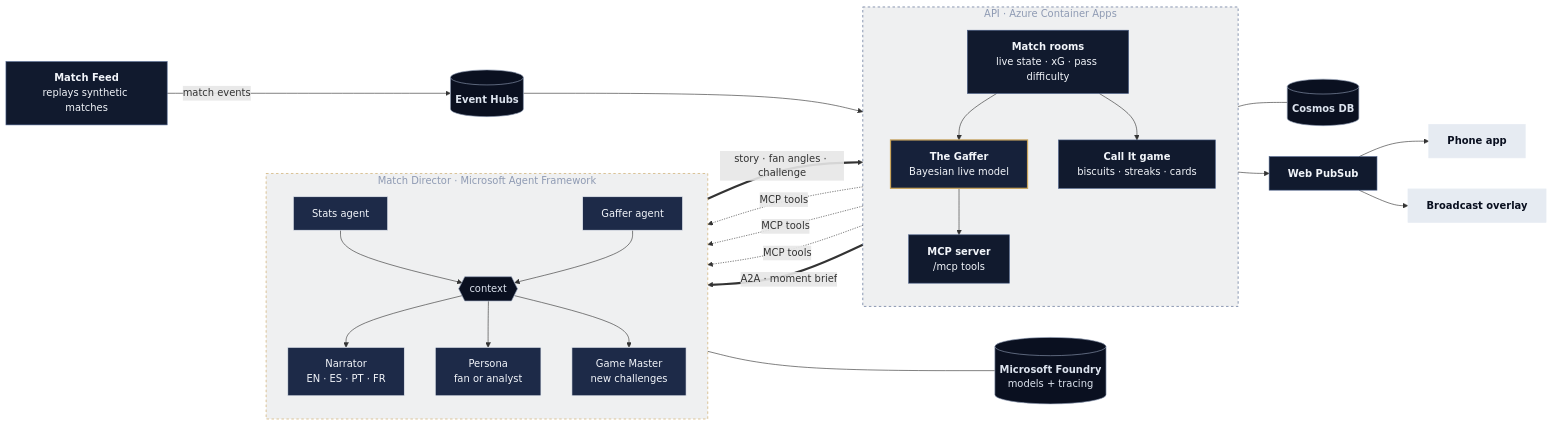
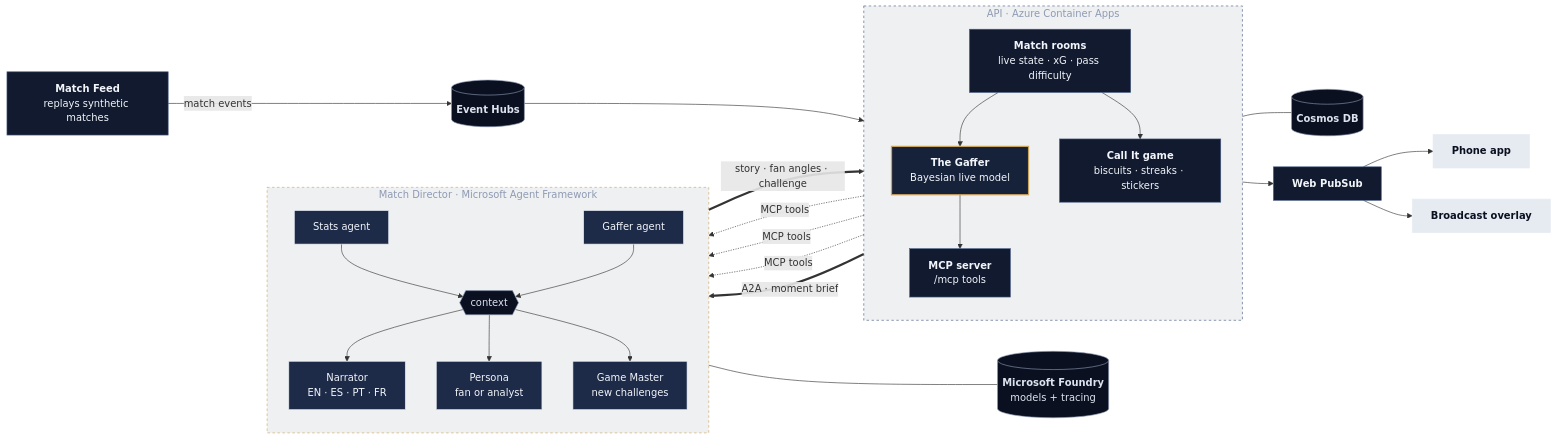
Before and after one commit to bradhack/lasso: the first of 2 diagrams in README.md, drawn with Mermaid. The commit also changed other lines of this file and 4 other files, not shown here.

````diff
--- a/README.md
+++ b/README.md
@@ -23,55 +26,55 @@
 ```mermaid
 flowchart LR
     FEED["<b>Match Feed</b><br/>replays synthetic matches"] -->|match events| EH[("<b>Event Hubs</b>")]
     EH --> ROOM
 
     subgraph API["API · Azure Container Apps"]
         direction TB
         ROOM["<b>Match rooms</b><br/>live state · xG · pass difficulty"]
         GAFFER["<b>The Gaffer</b><br/>Bayesian live model"]
         MCP["<b>MCP server</b><br/>/mcp tools"]
-        GAME["<b>Call It game</b><br/>biscuits · streaks · cards"]
+        GAME["<b>Call It game</b><br/>biscuits · streaks · stickers"]
         ROOM --> GAFFER --> MCP
         ROOM --> GAME
     end
 
     subgraph DIRECTOR["Match Director · Microsoft Agent Framework"]
         direction TB
         STATS["Stats agent"]
         GAF["Gaffer agent"]
         CTX{{"context"}}
         NAR["Narrator<br/>EN · ES · PT · FR"]
         PER["Persona<br/>fan or analyst"]
         GM["Game Master<br/>new challenges"]
         STATS --> CTX
         GAF --> CTX
         CTX --> NAR
         CTX --> PER
         CTX --> GM
     end
 
     ROOM == "A2A · moment brief" ==> DIRECTOR
     DIRECTOR == "story · fan angles · challenge" ==> ROOM
     MCP -. "MCP tools" .-> GAF
     MCP -. "MCP tools" .-> STATS
     MCP -. "MCP tools" .-> GM
     DIRECTOR --- FOUNDRY[("<b>Microsoft Foundry</b><br/>models + tracing")]
     GAME --- COSMOS[("<b>Cosmos DB</b>")]
     ROOM --> WPS["<b>Web PubSub</b>"]
     WPS --> APP["<b>Phone app</b>"]
     WPS --> OVL["<b>Broadcast overlay</b>"]
 
     classDef svc fill:#111A2E,stroke:#475C85,color:#F2F5FA
     classDef star fill:#16213A,stroke:#C9A45C,stroke-width:2px,color:#F2F5FA
     classDef data fill:#0A1020,stroke:#8E9AB3,color:#DCE3EE
     classDef agent fill:#1D2A48,stroke:#E6EBF2,color:#F2F5FA
     classDef client fill:#E6EBF2,stroke:#E6EBF2,color:#0A1020
     class FEED,ROOM,MCP,GAME,WPS svc
     class GAFFER star
     class EH,COSMOS,FOUNDRY data
     class STATS,GAF,NAR,PER,GM agent
     class CTX data
     class APP,OVL client
     style API fill:#0A102010,stroke:#475C85,stroke-dasharray:4 4,color:#8E9AB3
     style DIRECTOR fill:#0A102010,stroke:#C9A45C,stroke-dasharray:4 4,color:#8E9AB3
 ```
````
